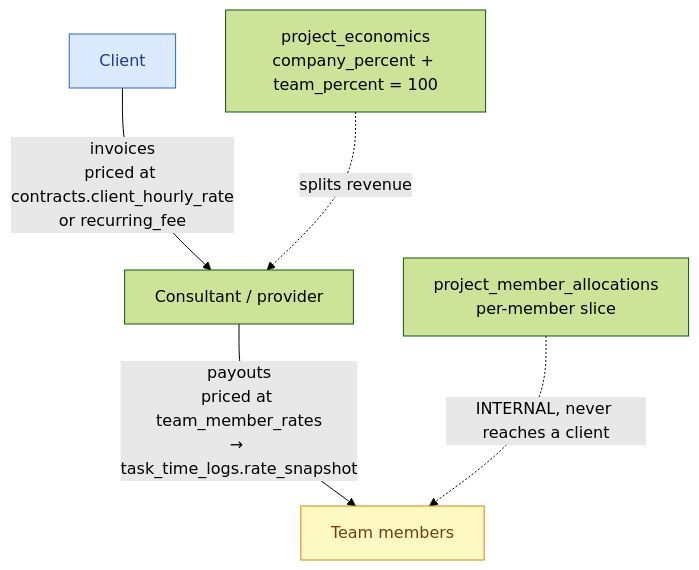
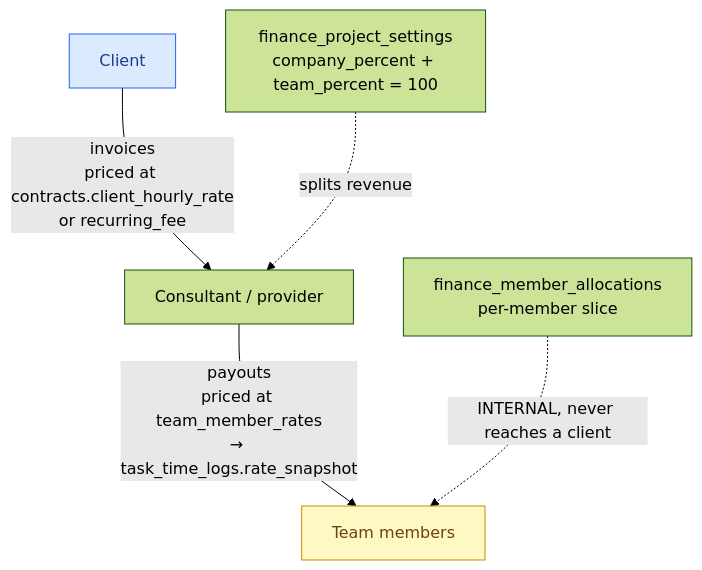
The second of 2 diagrams in docs/11-domains/clients/consultant-interaction.md (DavidBatoDev/proyekto), drawn with Mermaid (forest theme) before and after one commit. The commit also changed other lines of this file and 6 other files, not shown here.

Commit message:
refactor: rename project finance tables

````diff
--- a/docs/11-domains/clients/consultant-interaction.md
+++ b/docs/11-domains/clients/consultant-interaction.md
@@ -47,10 +47,10 @@
 ```mermaid
 flowchart TD
     CLIENT["Client"] -->|"invoices<br/>priced at contracts.client_hourly_rate<br/>or recurring_fee"| CONS["Consultant / provider"]
     CONS -->|"payouts<br/>priced at team_member_rates<br/>→ task_time_logs.rate_snapshot"| TEAM["Team members"]
-    ECON["project_economics<br/>company_percent + team_percent = 100"] -.->|splits revenue| CONS
-    ALLOC["project_member_allocations<br/>per-member slice"] -.->|INTERNAL, never reaches a client| TEAM
+    ECON["finance_project_settings<br/>company_percent + team_percent = 100"] -.->|splits revenue| CONS
+    ALLOC["finance_member_allocations<br/>per-member slice"] -.->|INTERNAL, never reaches a client| TEAM
 
     style CLIENT fill:#dbeafe,stroke:#2563eb,color:#1e3a8a
     style TEAM fill:#fef9c3,stroke:#ca8a04,color:#713f12
 ```
````
